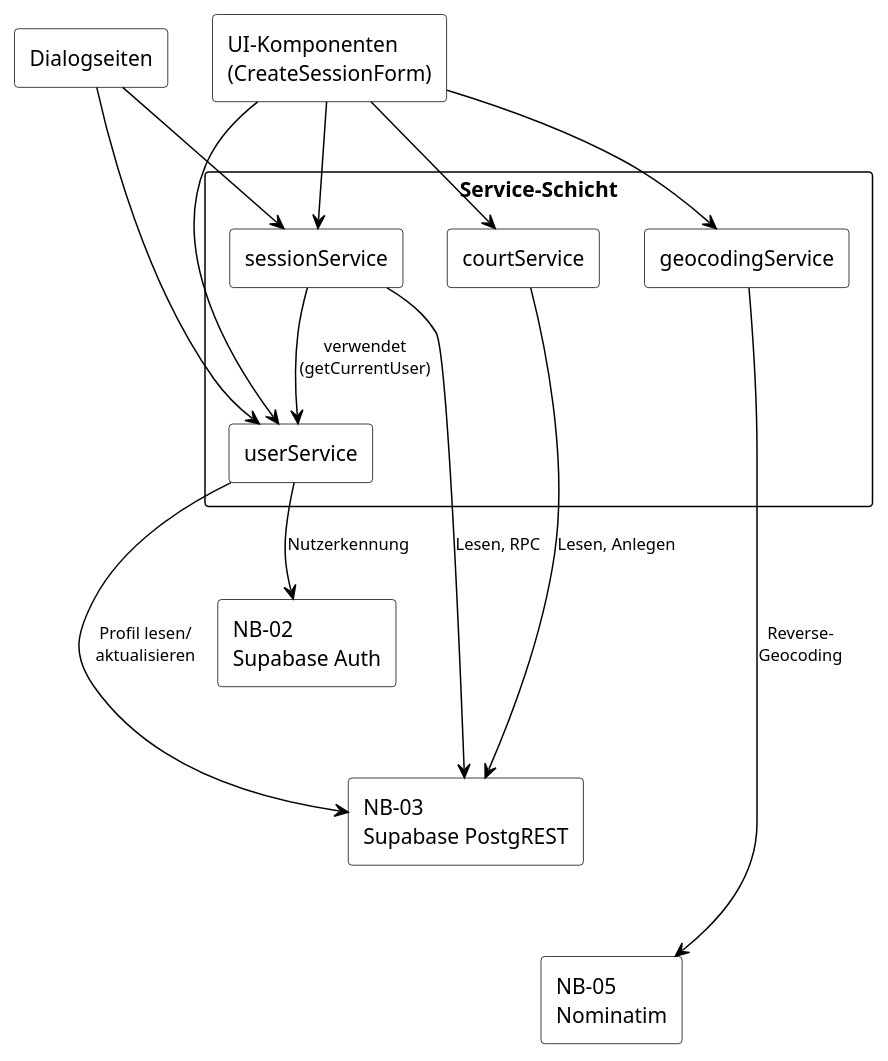
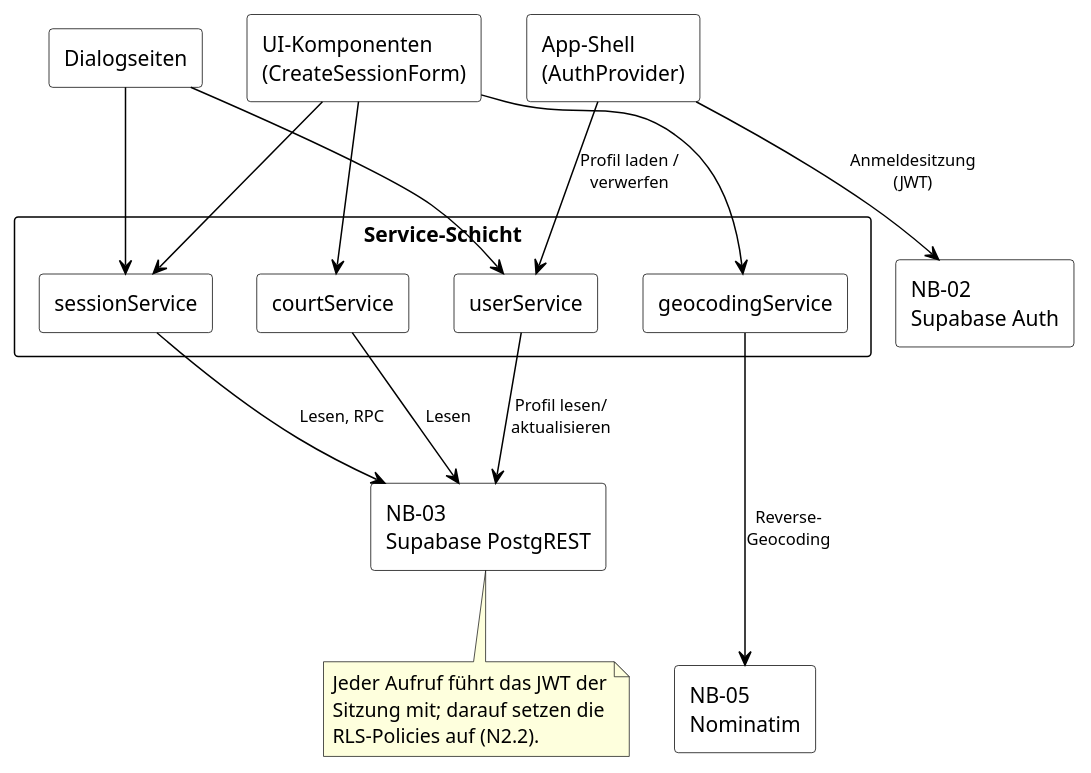
One commit to Finn5k/Wirtschaftsinformatik-Projekt-I changed the diagram in docs/arch/diagrams/A05-bausteinsicht-service-schicht.puml. Above: the diagram before and after it, drawn with PlantUML. The commit also changed 9 other files, not shown here.

```diff
--- a/docs/arch/diagrams/A05-bausteinsicht-service-schicht.puml
+++ b/docs/arch/diagrams/A05-bausteinsicht-service-schicht.puml
@@ -1,47 +1,58 @@
 @startuml A05-bausteinsicht-service-schicht
 skinparam backgroundColor White
 skinparam shadowing false
 skinparam ArrowColor Black
 skinparam ArrowFontSize 11
 skinparam rectangle {
   BackgroundColor White
   BorderColor Black
 }
 skinparam nodesep 30
 skinparam ranksep 60
 
 rectangle "Dialogseiten" as Pages
 rectangle "UI-Komponenten\n(CreateSessionForm)" as UIComp
+rectangle "App-Shell\n(AuthProvider)" as Shell
 
 rectangle "**Service-Schicht**" {
   rectangle "sessionService" as SessionSvc
-  rectangle "userService" as UserSvc
   rectangle "courtService" as CourtSvc
   rectangle "geocodingService" as GeoSvc
+  rectangle "userService" as UserSvc
 
-  SessionSvc --> UserSvc : verwendet\n(getCurrentUser)
+  SessionSvc -[hidden]right-> CourtSvc
+  CourtSvc -[hidden]right-> GeoSvc
+  GeoSvc -[hidden]right-> UserSvc
 }
 
 rectangle "NB-02\nSupabase Auth" as NB02
 rectangle "NB-03\nSupabase PostgREST" as NB03
 rectangle "NB-05\nNominatim" as NB05
 
 Pages -[hidden]right-> UIComp
+UIComp -[hidden]right-> Shell
 
 Pages --> SessionSvc
 Pages --> UserSvc
 UIComp --> CourtSvc
 UIComp --> GeoSvc
 UIComp -[#Black]-> SessionSvc
-UIComp -[#Black]-> UserSvc
+Shell -[#Black]-> UserSvc : Profil laden /\nverwerfen
+
+Shell -[#Black]-> NB02 : Anmeldesitzung\n(JWT)
 
 SessionSvc -[#Black]-> NB03 : Lesen, RPC
-CourtSvc -[#Black]-> NB03 : Lesen, Anlegen
-UserSvc -[#Black]-> NB02 : Nutzerkennung
+CourtSvc -[#Black]-> NB03 : Lesen
 UserSvc -[#Black]-> NB03 : Profil lesen/\naktualisieren
 GeoSvc -[#Black]-> NB05 : Reverse-\nGeocoding
 
 NB02 -[hidden]- NB03
 NB03 -[hidden]- NB05
 
+note bottom of NB03
+  Jeder Aufruf führt das JWT der
+  Sitzung mit; darauf setzen die
+  RLS-Policies auf (N2.2).
+end note
+
 @enduml
```
